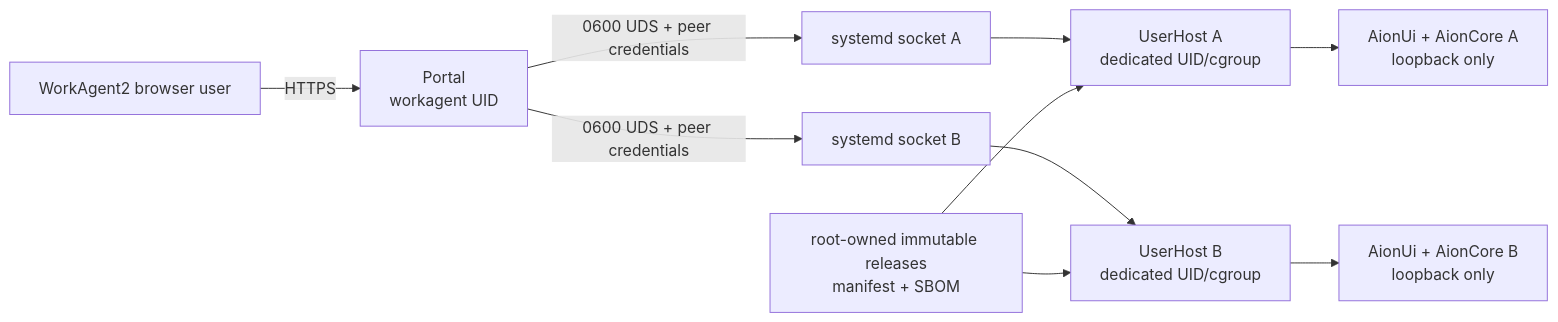
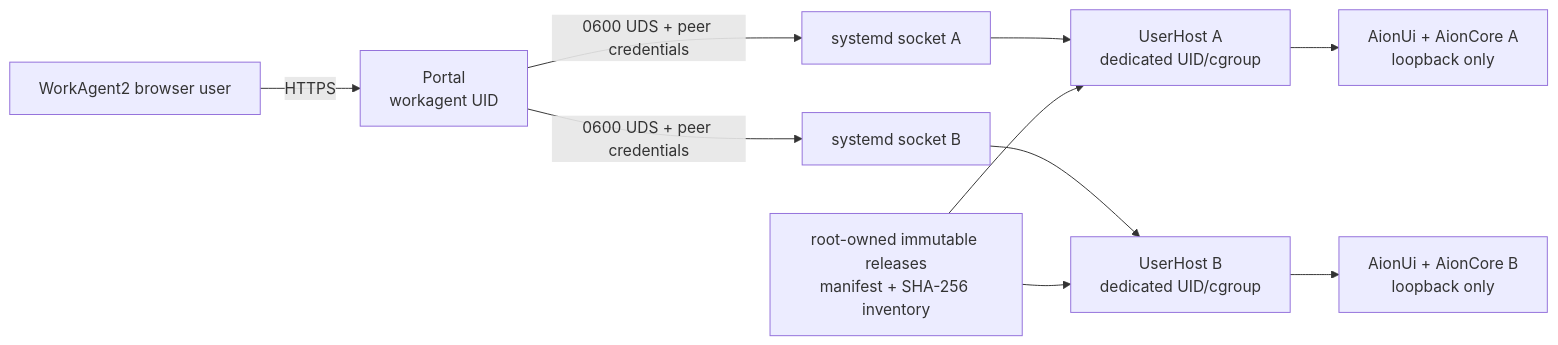
Before and after one commit to linziyan1231-source/WorkAgent2: the diagram in linux/docs/ARCHITECTURE.md, drawn with Mermaid. The commit also changed other lines of this file and 17 other files, not shown here.

````diff
--- a/linux/docs/ARCHITECTURE.md
+++ b/linux/docs/ARCHITECTURE.md
@@ -3,12 +3,12 @@
 ```mermaid
 flowchart LR
     Browser["WorkAgent2 browser user"] -->|"HTTPS"| Portal["Portal\nworkagent UID"]
     Portal -->|"0600 UDS + peer credentials"| SocketA["systemd socket A"]
     Portal -->|"0600 UDS + peer credentials"| SocketB["systemd socket B"]
     SocketA --> HostA["UserHost A\ndedicated UID/cgroup"]
     SocketB --> HostB["UserHost B\ndedicated UID/cgroup"]
     HostA --> RuntimeA["AionUi + AionCore A\nloopback only"]
     HostB --> RuntimeB["AionUi + AionCore B\nloopback only"]
-    Release["root-owned immutable releases\nmanifest + SBOM"] --> HostA
+    Release["root-owned immutable releases\nmanifest + SHA-256 inventory"] --> HostA
     Release --> HostB
 ```
````
